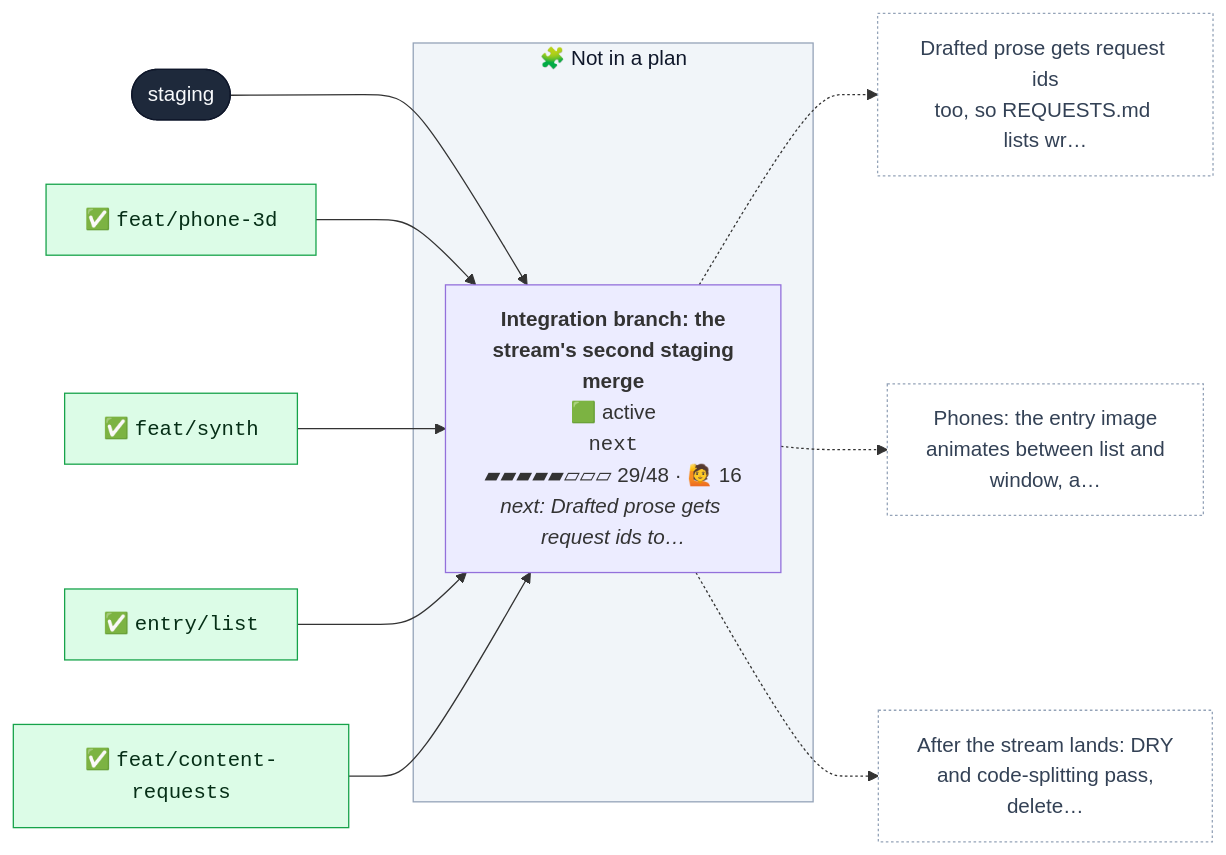
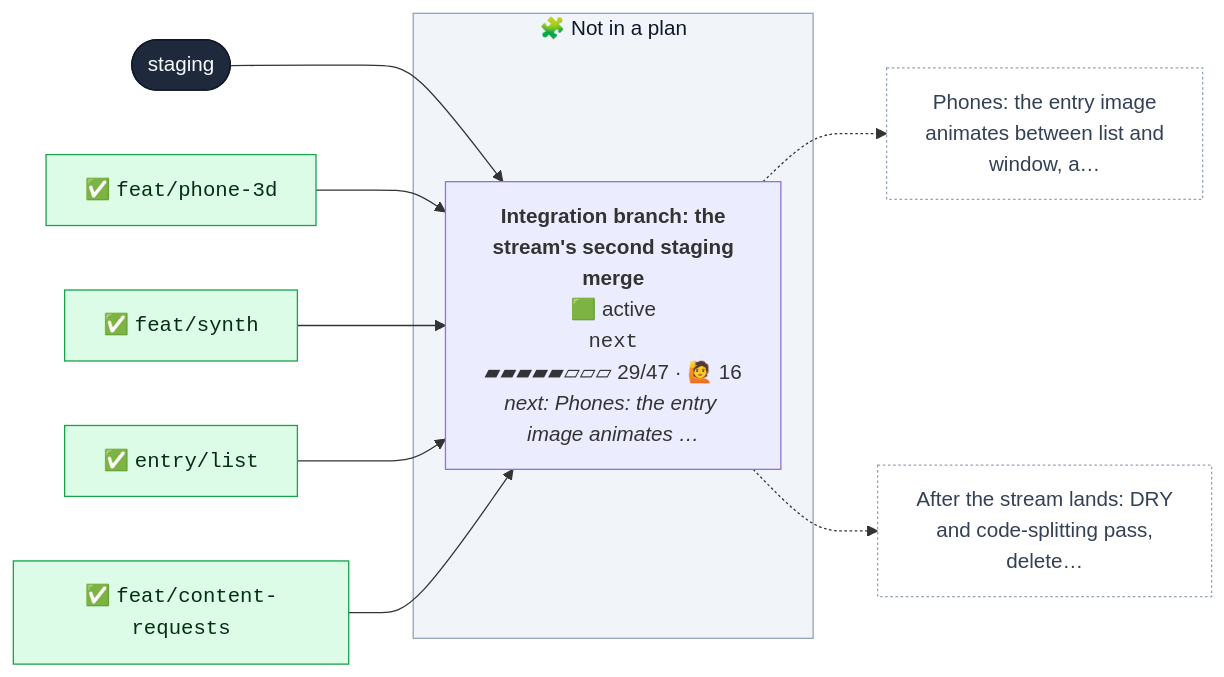
One commit to henryjonescodes/portfolio changed the first of 2 diagrams in CONTRIBUTING.md. Above: the diagram before and after it, drawn with Mermaid. The commit also changed other lines of this file, not shown here.

````diff
--- a/CONTRIBUTING.md
+++ b/CONTRIBUTING.md
@@ -16,41 +16,38 @@
 ```mermaid
 flowchart LR
   n_staging([staging])
   class n_staging trunk
   subgraph loose["🧩 Not in a plan"]
-    n_next["<b>Integration branch: the<br/>stream's second staging<br/>merge</b><br/>🟩 active<br/><code>next</code><br/>▰▰▰▰▰▱▱▱ 29/48 · 🙋 16<br/><i>next: Drafted prose gets request ids to…</i>"]
+    n_next["<b>Integration branch: the<br/>stream's second staging<br/>merge</b><br/>🟩 active<br/><code>next</code><br/>▰▰▰▰▰▱▱▱ 29/47 · 🙋 16<br/><i>next: Phones: the entry image animates …</i>"]
     class n_next active,current
   end
   style loose fill:#f1f5f9,stroke:#94a3b8,color:#0f172a
   n_staging --> n_next
   n_next_m0["✅ <code>feat/phone-3d</code>"]
   class n_next_m0 merged
   n_next_m0 --> n_next
   n_next_m1["✅ <code>feat/synth</code>"]
   class n_next_m1 merged
   n_next_m1 --> n_next
   n_next_m2["✅ <code>entry/list</code>"]
   class n_next_m2 merged
   n_next_m2 --> n_next
   n_next_m3["✅ <code>feat/content-requests</code>"]
   class n_next_m3 merged
   n_next_m3 --> n_next
-  n_next_t0["Drafted prose gets request ids<br/>too, so REQUESTS.md lists wr…"]
+  n_next_t0["Phones: the entry image<br/>animates between list and<br/>window, a…"]
   class n_next_t0 todo
   n_next -.-> n_next_t0
-  n_next_t1["Phones: the entry image<br/>animates between list and<br/>window, a…"]
+  n_next_t1["After the stream lands: DRY<br/>and code-splitting pass,<br/>delete…"]
   class n_next_t1 todo
   n_next -.-> n_next_t1
-  n_next_t2["After the stream lands: DRY<br/>and code-splitting pass,<br/>delete…"]
-  class n_next_t2 todo
-  n_next -.-> n_next_t2
   classDef merged fill:#dcfce7,stroke:#16a34a,color:#052e16
   classDef todo fill:#ffffff,stroke:#94a3b8,stroke-dasharray:2 2,color:#334155
   classDef planned fill:#c7d2fe,stroke:#4f46e5,color:#1e1b4b
   classDef sketched fill:#f8fafc,stroke:#64748b,stroke-dasharray:4 3,color:#334155
   classDef active fill:#bbf7d0,stroke:#16a34a,stroke-width:3px,color:#052e16
   classDef review fill:#fde68a,stroke:#d97706,stroke-width:3px,color:#451a03
   classDef blocked fill:#fecaca,stroke:#dc2626,stroke-width:3px,color:#450a0a
   classDef trunk fill:#1e293b,stroke:#0f172a,color:#f8fafc
   classDef current stroke:#0ea5e9,stroke-width:5px
 ```
````
